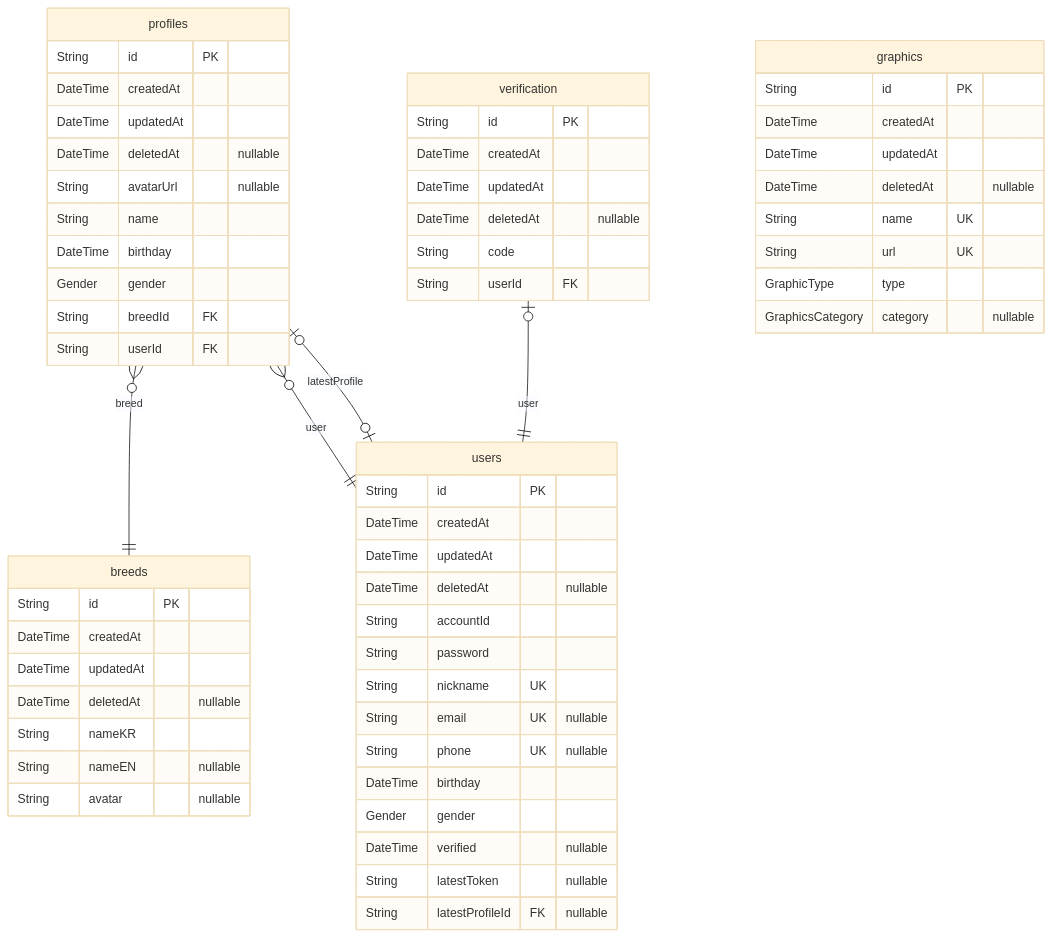
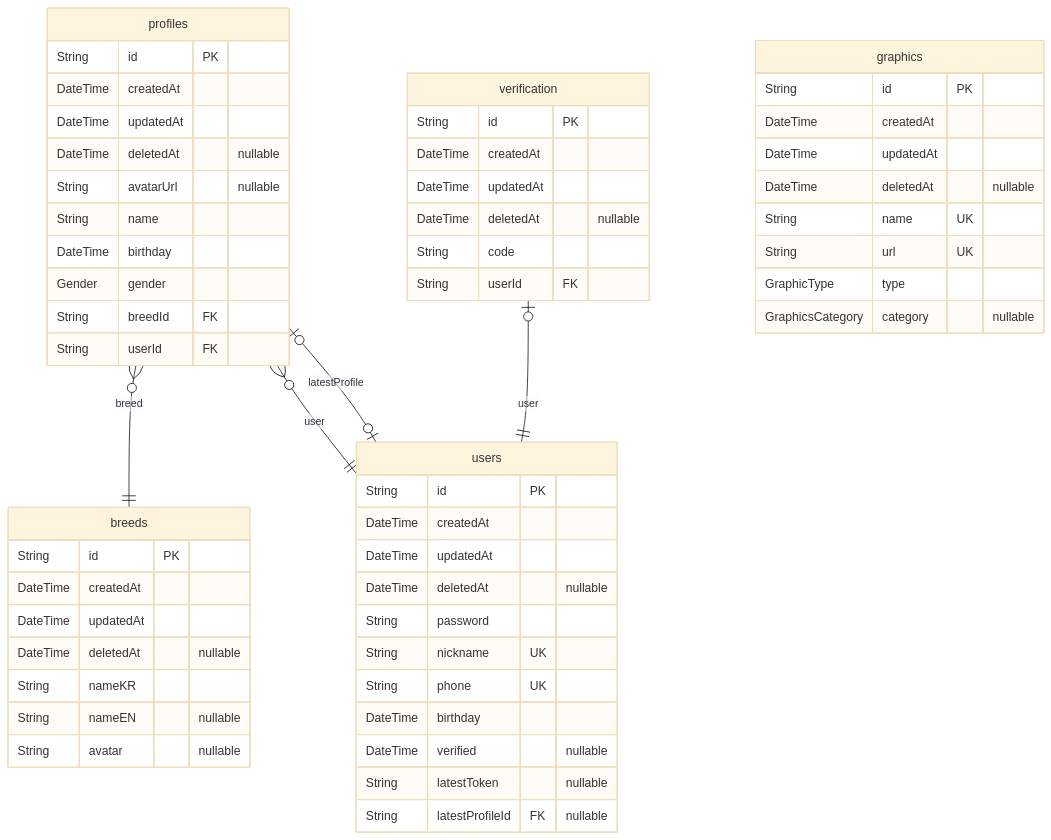
The diagram in prisma/ERD.md (Medici-Mansion/poop-backend), drawn with Mermaid (base theme) before and after one commit. The commit also changed other lines of this file and 16 other files, not shown here.

````diff
--- a/prisma/ERD.md
+++ b/prisma/ERD.md
@@ -7,62 +7,59 @@
 ```mermaid
 erDiagram
 "breeds" {
   String id PK
   DateTime createdAt
   DateTime updatedAt
   DateTime deletedAt "nullable"
   String nameKR
   String nameEN "nullable"
   String avatar "nullable"
 }
 "profiles" {
   String id PK
   DateTime createdAt
   DateTime updatedAt
   DateTime deletedAt "nullable"
   String avatarUrl "nullable"
   String name
   DateTime birthday
   Gender gender
   String breedId FK
   String userId FK
 }
 "users" {
   String id PK
   DateTime createdAt
   DateTime updatedAt
   DateTime deletedAt "nullable"
-  String accountId
   String password
   String nickname UK
-  String email UK "nullable"
-  String phone UK "nullable"
+  String phone UK
   DateTime birthday
-  Gender gender
   DateTime verified "nullable"
   String latestToken "nullable"
   String latestProfileId FK "nullable"
 }
 "verification" {
   String id PK
   DateTime createdAt
   DateTime updatedAt
   DateTime deletedAt "nullable"
   String code
   String userId FK
 }
 "graphics" {
   String id PK
   DateTime createdAt
   DateTime updatedAt
   DateTime deletedAt "nullable"
   String name UK
   String url UK
   GraphicType type
   GraphicsCategory category "nullable"
 }
 "profiles" }o--|| "breeds" : breed
 "profiles" }o--|| "users" : user
 "users" |o--o| "profiles" : latestProfile
 "verification" |o--|| "users" : user
 ```
````
